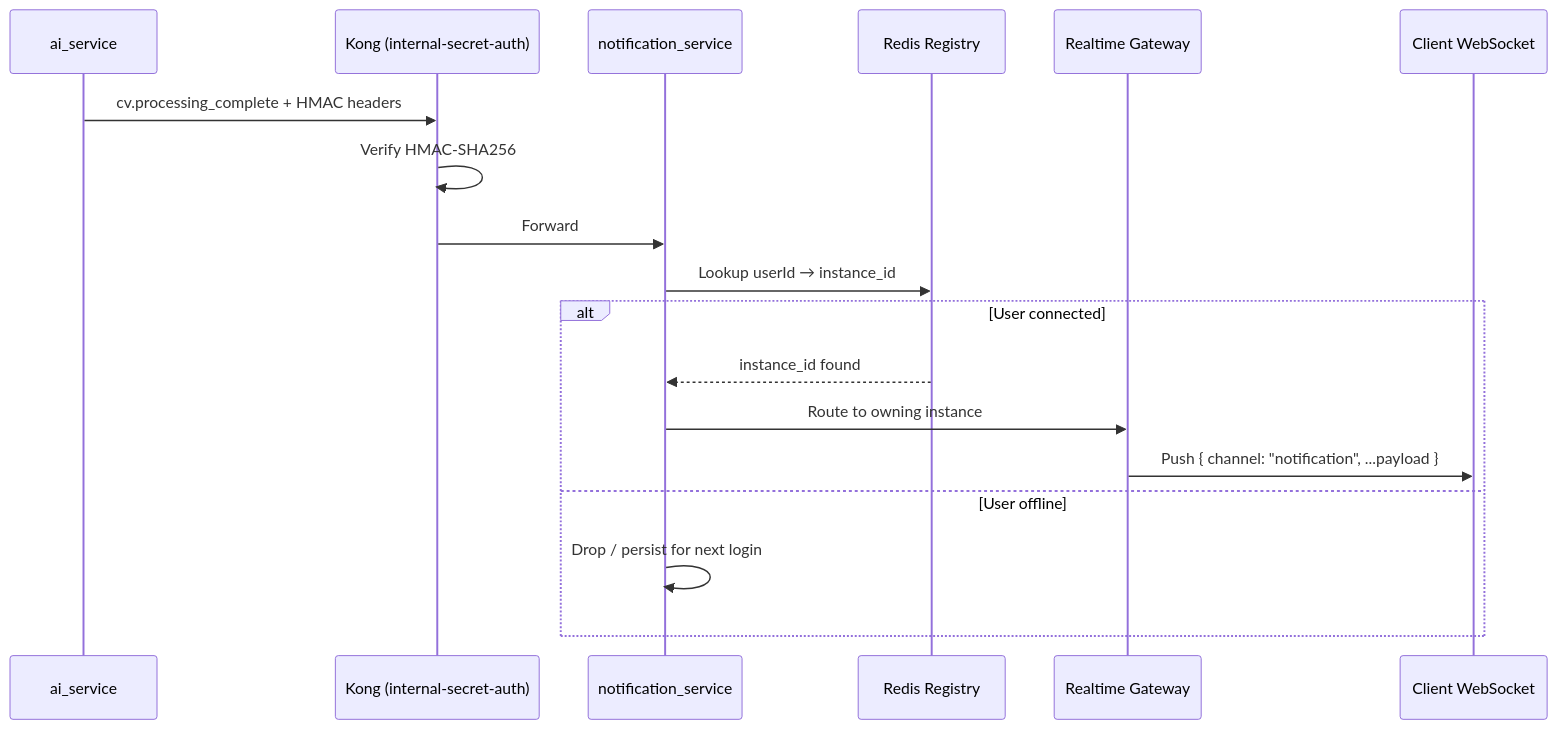
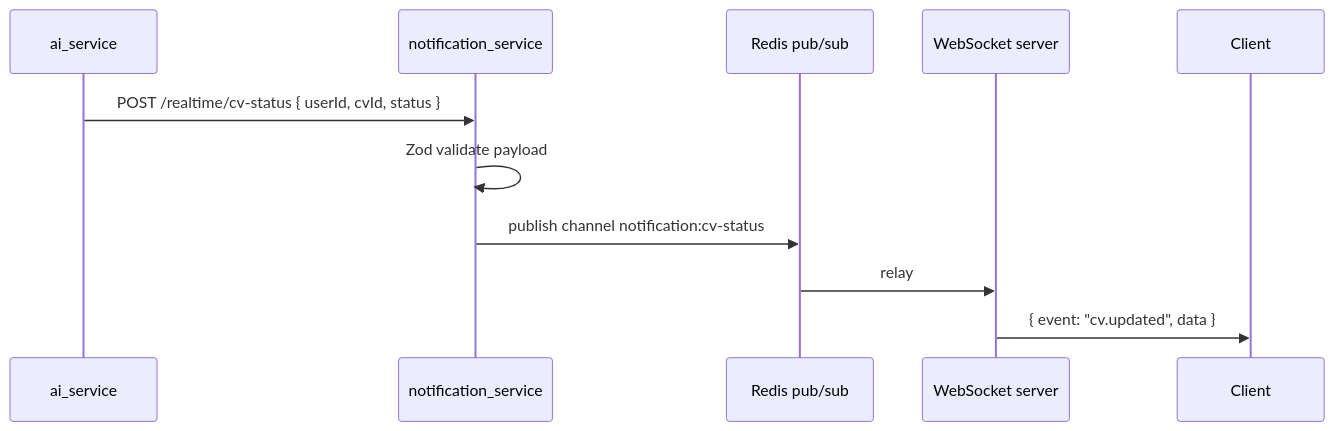
One commit to fazilchengapra/applica changed the third of 3 diagrams in docs/services/notification-service/README.md. Above: the diagram before and after it, drawn with Mermaid. The commit also changed other lines of this file and 31 other files, not shown here.

````diff
--- a/docs/services/notification-service/README.md
+++ b/docs/services/notification-service/README.md
@@ -124,21 +76,14 @@
 ```mermaid
 sequenceDiagram
     participant AI as ai_service
-    participant K as Kong (internal-secret-auth)
     participant NS as notification_service
-    participant R as Redis Registry
-    participant GW as Realtime Gateway
-    participant CL as Client WebSocket
+    participant R as Redis pub/sub
+    participant WS as WebSocket server
+    participant CL as Client
 
-    AI->>K: cv.processing_complete + HMAC headers
-    K->>K: Verify HMAC-SHA256
-    K->>NS: Forward
-    NS->>R: Lookup userId → instance_id
-    alt User connected
-        R-->>NS: instance_id found
-        NS->>GW: Route to owning instance
-        GW->>CL: Push { channel: "notification", ...payload }
-    else User offline
-        NS->>NS: Drop / persist for next login
-    end
+    AI->>NS: POST /realtime/cv-status { userId, cvId, status }
+    NS->>NS: Zod validate payload
+    NS->>R: publish channel notification:cv-status
+    R->>WS: relay
+    WS->>CL: { event: "cv.updated", data }
 ```
````
